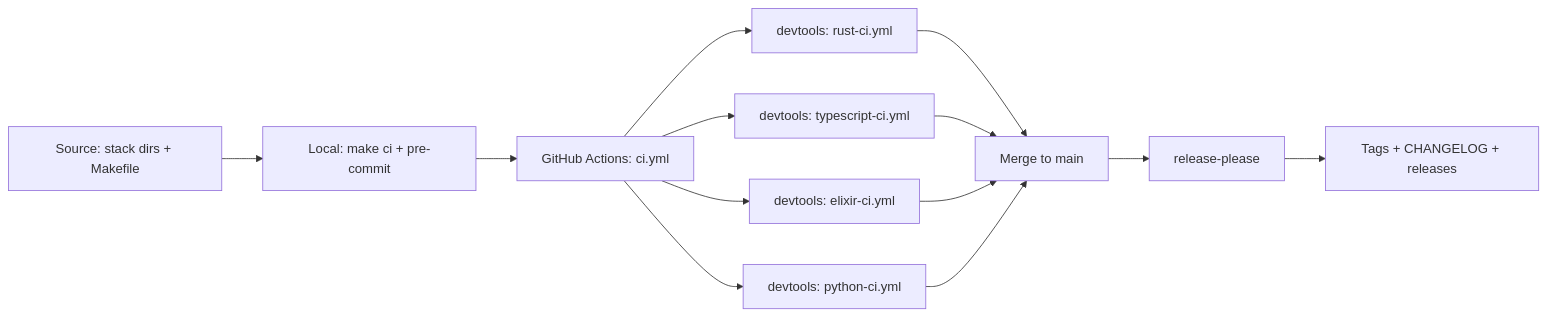
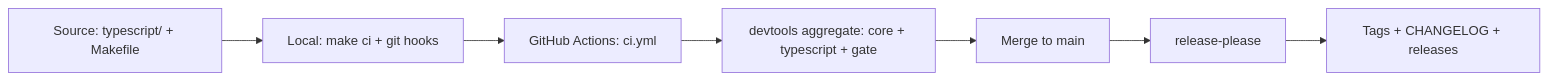
One commit to ostara-labs/bb-league changed the diagram in docs/architecture/ARCHITECTURE.md. Above: the diagram before and after it, drawn with Mermaid. The commit also changed other lines of this file and 41 other files, not shown here.

````diff
--- a/docs/architecture/ARCHITECTURE.md
+++ b/docs/architecture/ARCHITECTURE.md
@@ -29,15 +30,9 @@
 ```mermaid
 flowchart LR
-    A[Source: stack dirs + Makefile] --> B[Local: make ci + pre-commit]
+    A[Source: typescript/ + Makefile] --> B[Local: make ci + git hooks]
     B --> C[GitHub Actions: ci.yml]
-    C --> D[devtools: rust-ci.yml]
-    C --> E[devtools: typescript-ci.yml]
-    C --> F[devtools: elixir-ci.yml]
-    C --> G[devtools: python-ci.yml]
+    C --> D[devtools aggregate: core + typescript + gate]
     D --> H[Merge to main]
-    E --> H
-    F --> H
-    G --> H
     H --> I[release-please]
     I --> J[Tags + CHANGELOG + releases]
 ```
````
